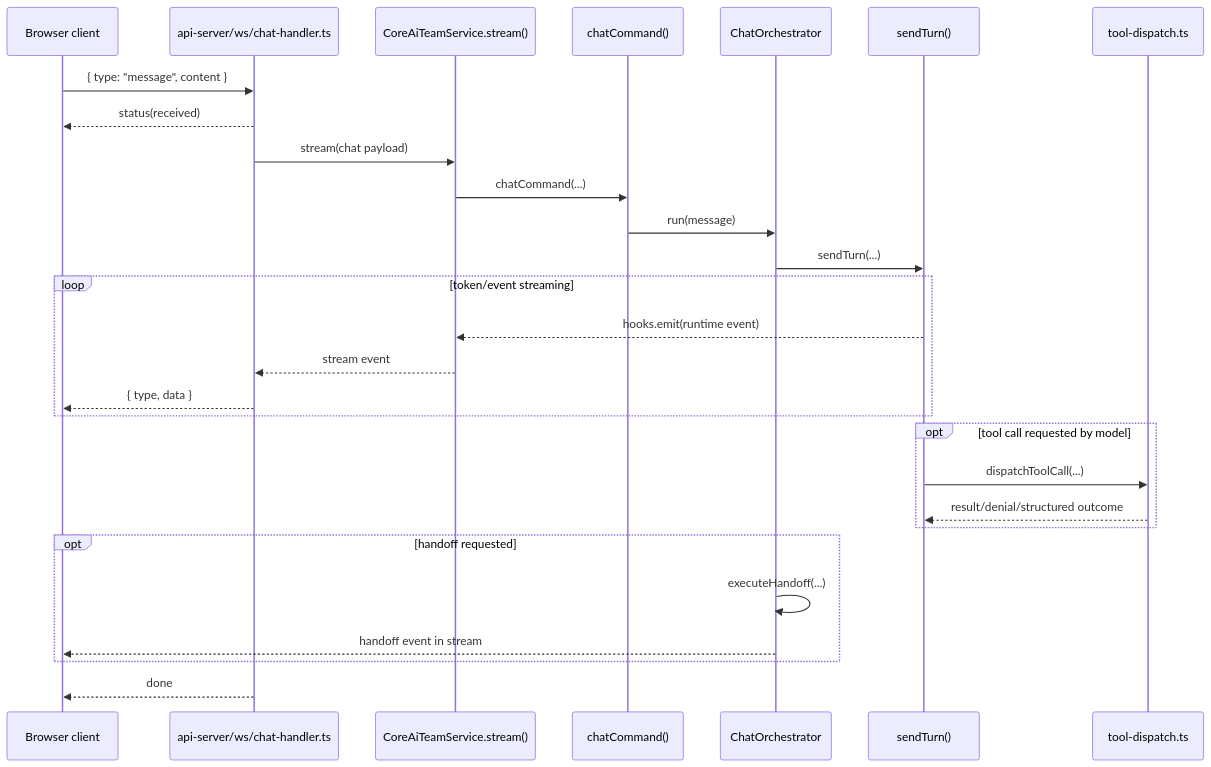
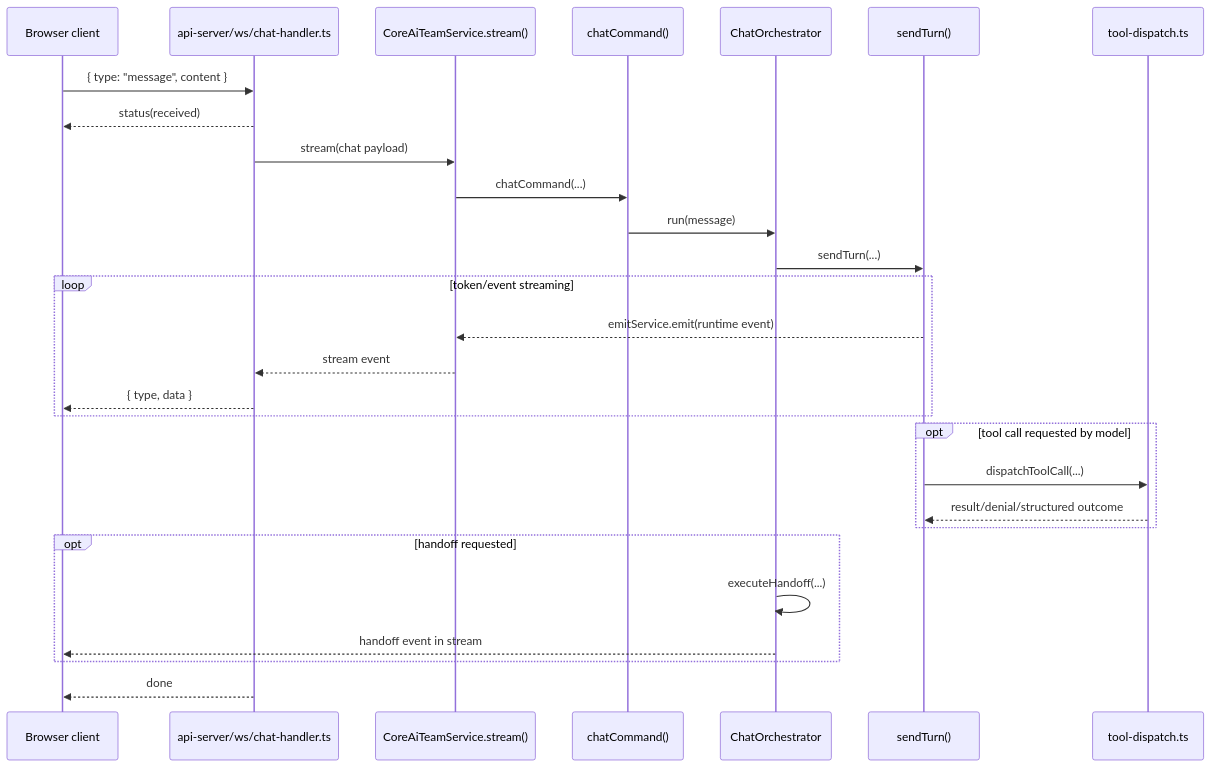
Before and after one commit to cmeierost/ai-team: the fourth of 9 diagrams in docs/architecture/diagrams.md, drawn with Mermaid. The commit also changed other lines of this file and 220 other files, not shown here.

````diff
--- a/docs/architecture/diagrams.md
+++ b/docs/architecture/diagrams.md
@@ -111,31 +111,31 @@
 ```mermaid
 sequenceDiagram
   participant Browser as Browser client
   participant WSH as api-server/ws/chat-handler.ts
   participant Service as CoreAiTeamService.stream()
   participant Chat as chatCommand()
   participant Orch as ChatOrchestrator
   participant Turn as sendTurn()
   participant Dispatch as tool-dispatch.ts
 
   Browser->>WSH: { type: "message", content }
   WSH-->>Browser: status(received)
   WSH->>Service: stream(chat payload)
   Service->>Chat: chatCommand(...)
   Chat->>Orch: run(message)
   Orch->>Turn: sendTurn(...)
   loop token/event streaming
-    Turn-->>Service: hooks.emit(runtime event)
+    Turn-->>Service: emitService.emit(runtime event)
     Service-->>WSH: stream event
     WSH-->>Browser: { type, data }
   end
   opt tool call requested by model
     Turn->>Dispatch: dispatchToolCall(...)
     Dispatch-->>Turn: result/denial/structured outcome
   end
   opt handoff requested
     Orch->>Orch: executeHandoff(...)
     Orch-->>Browser: handoff event in stream
   end
   WSH-->>Browser: done
 ```
````
